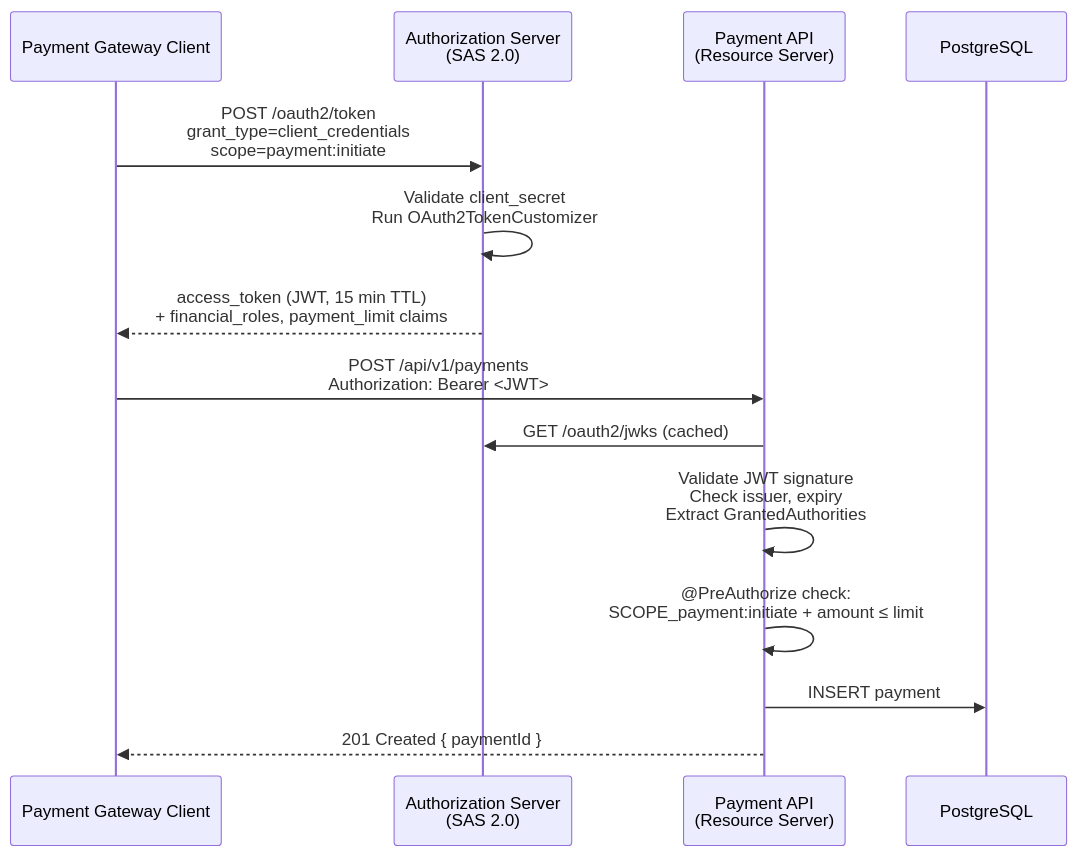
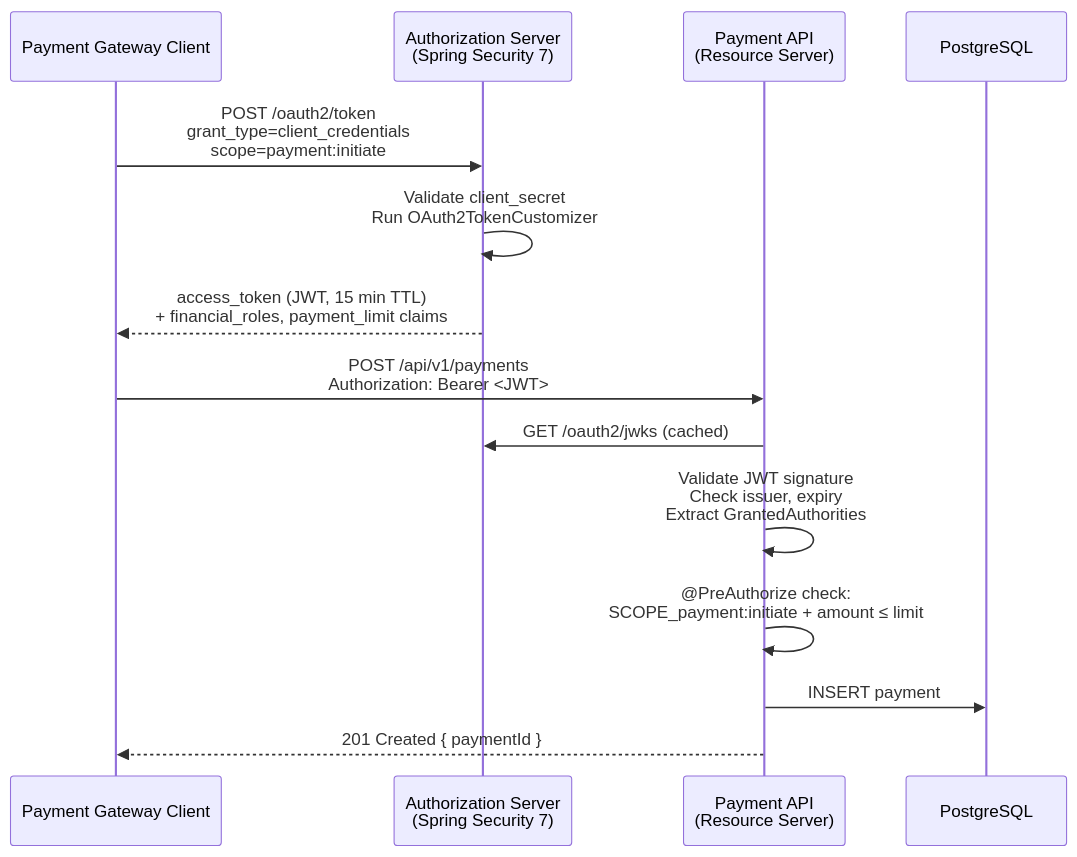
One commit to mostafasroor1983/fintech-engineering-mastery changed the diagram in docs/content/tracks/track-13-spring-boot-4/lesson-05-spring-security-7/index.md. Above: the diagram before and after it, drawn with Mermaid. The commit also changed other lines of this file and 230 other files, not shown here.

````diff
--- a/docs/content/tracks/track-13-spring-boot-4/lesson-05-spring-security-7/index.md
+++ b/docs/content/tracks/track-13-spring-boot-4/lesson-05-spring-security-7/index.md
@@ -331,18 +342,18 @@
 ```mermaid
 sequenceDiagram
     participant C as Payment Gateway Client
-    participant AS as Authorization Server<br/>(SAS 2.0)
+    participant AS as Authorization Server<br/>(Spring Security 7)
     participant RS as Payment API<br/>(Resource Server)
     participant DB as PostgreSQL
 
     C->>AS: POST /oauth2/token<br/>grant_type=client_credentials<br/>scope=payment:initiate
     AS->>AS: Validate client_secret<br/>Run OAuth2TokenCustomizer
     AS-->>C: access_token (JWT, 15 min TTL)<br/>+ financial_roles, payment_limit claims
 
     C->>RS: POST /api/v1/payments<br/>Authorization: Bearer <JWT>
     RS->>AS: GET /oauth2/jwks (cached)
     RS->>RS: Validate JWT signature<br/>Check issuer, expiry<br/>Extract GrantedAuthorities
     RS->>RS: @PreAuthorize check:<br/>SCOPE_payment:initiate + amount ≤ limit
     RS->>DB: INSERT payment
     RS-->>C: 201 Created { paymentId }
 ```
````
